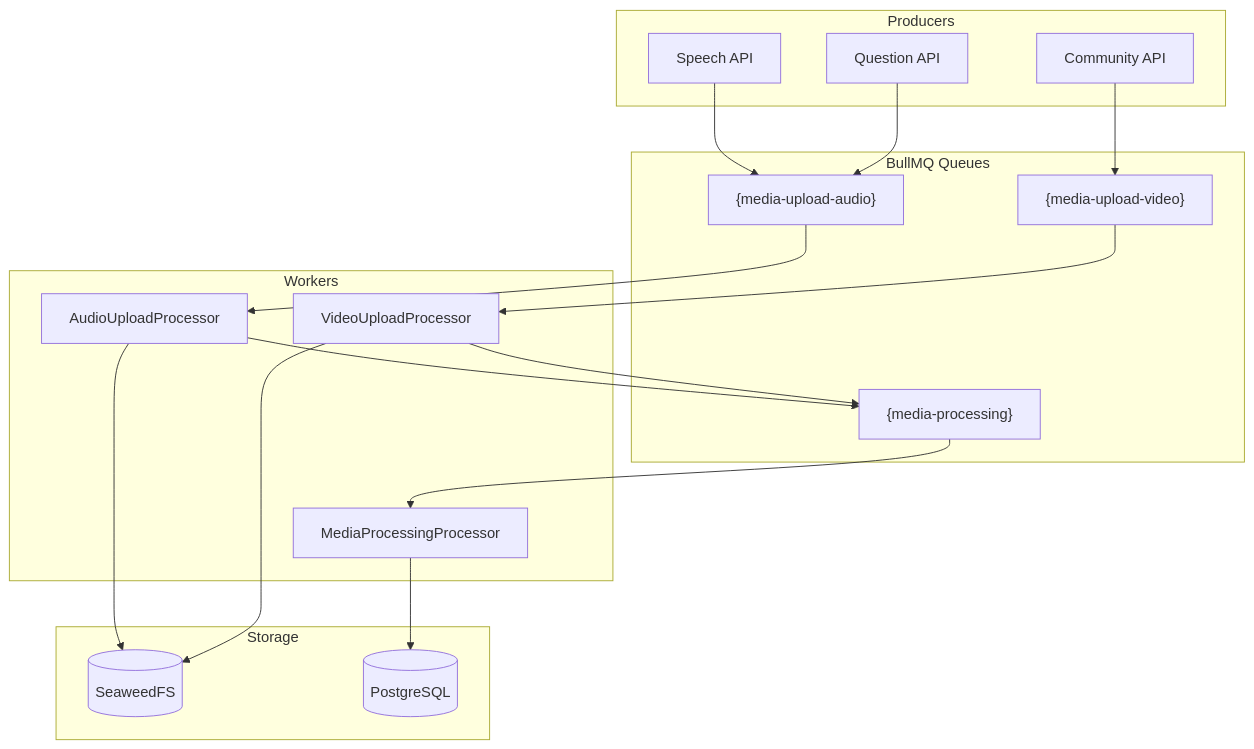
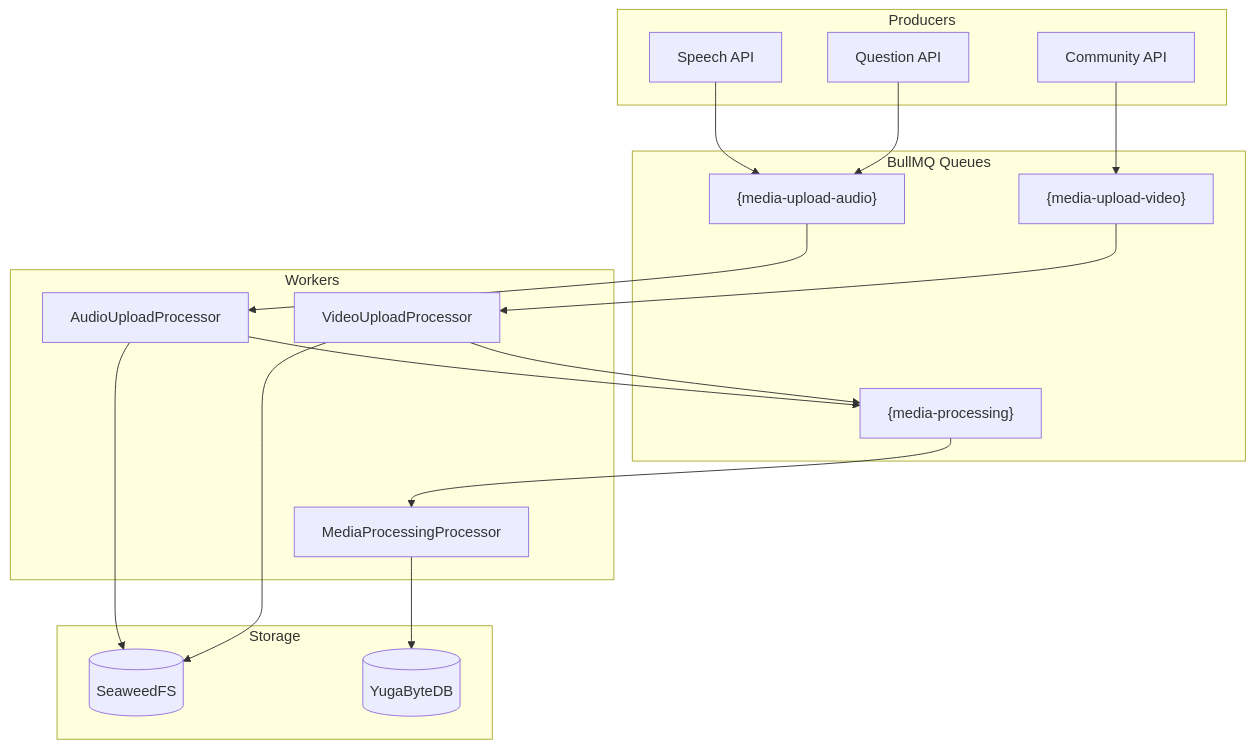
One commit to ai4lril/ai4lril.github.io changed the fourth of 5 diagrams in Architecture.md. Above: the diagram before and after it, drawn with Mermaid. The commit also changed other lines of this file and 29 other files, not shown here.

````diff
--- a/Architecture.md
+++ b/Architecture.md
@@ -295,37 +296,37 @@
 ```mermaid
 flowchart TB
     subgraph Producers["Producers"]
         SpeechAPI[Speech API]
         QuestionAPI[Question API]
         CommunityAPI[Community API]
     end
 
     subgraph Queues["BullMQ Queues"]
         Q1["{media-upload-audio}"]
         Q2["{media-upload-video}"]
         Q3["{media-processing}"]
     end
 
     subgraph Workers["Workers"]
         W1[AudioUploadProcessor]
         W2[VideoUploadProcessor]
         W3[MediaProcessingProcessor]
     end
 
     subgraph Storage["Storage"]
         SeaweedFS[(SeaweedFS)]
-        PG[(PostgreSQL)]
+        YB[(YugaByteDB)]
     end
 
     SpeechAPI --> Q1
     QuestionAPI --> Q1
     CommunityAPI --> Q2
     Q1 --> W1
     Q2 --> W2
     W1 --> Q3
     W2 --> Q3
     Q3 --> W3
     W1 --> SeaweedFS
     W2 --> SeaweedFS
-    W3 --> PG
+    W3 --> YB
 ```
````
